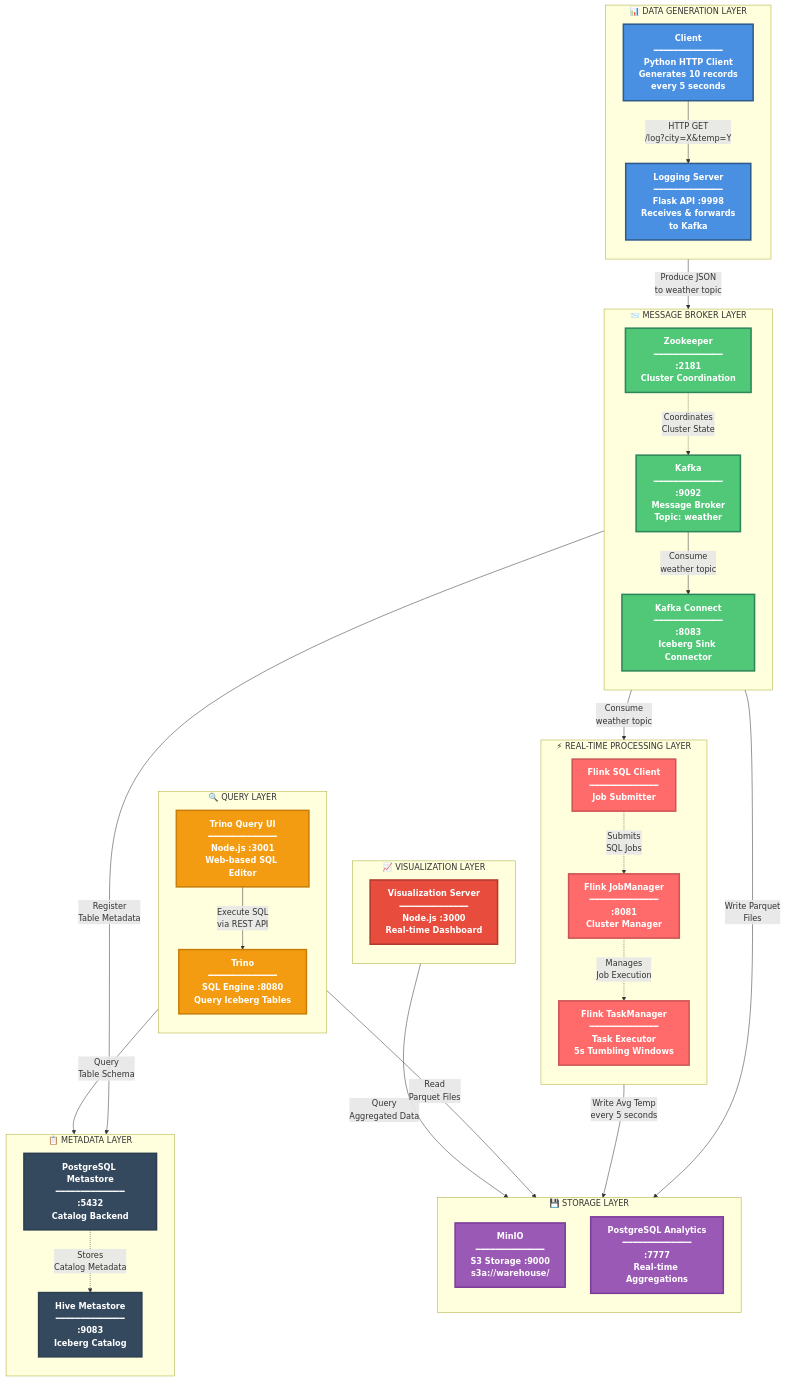
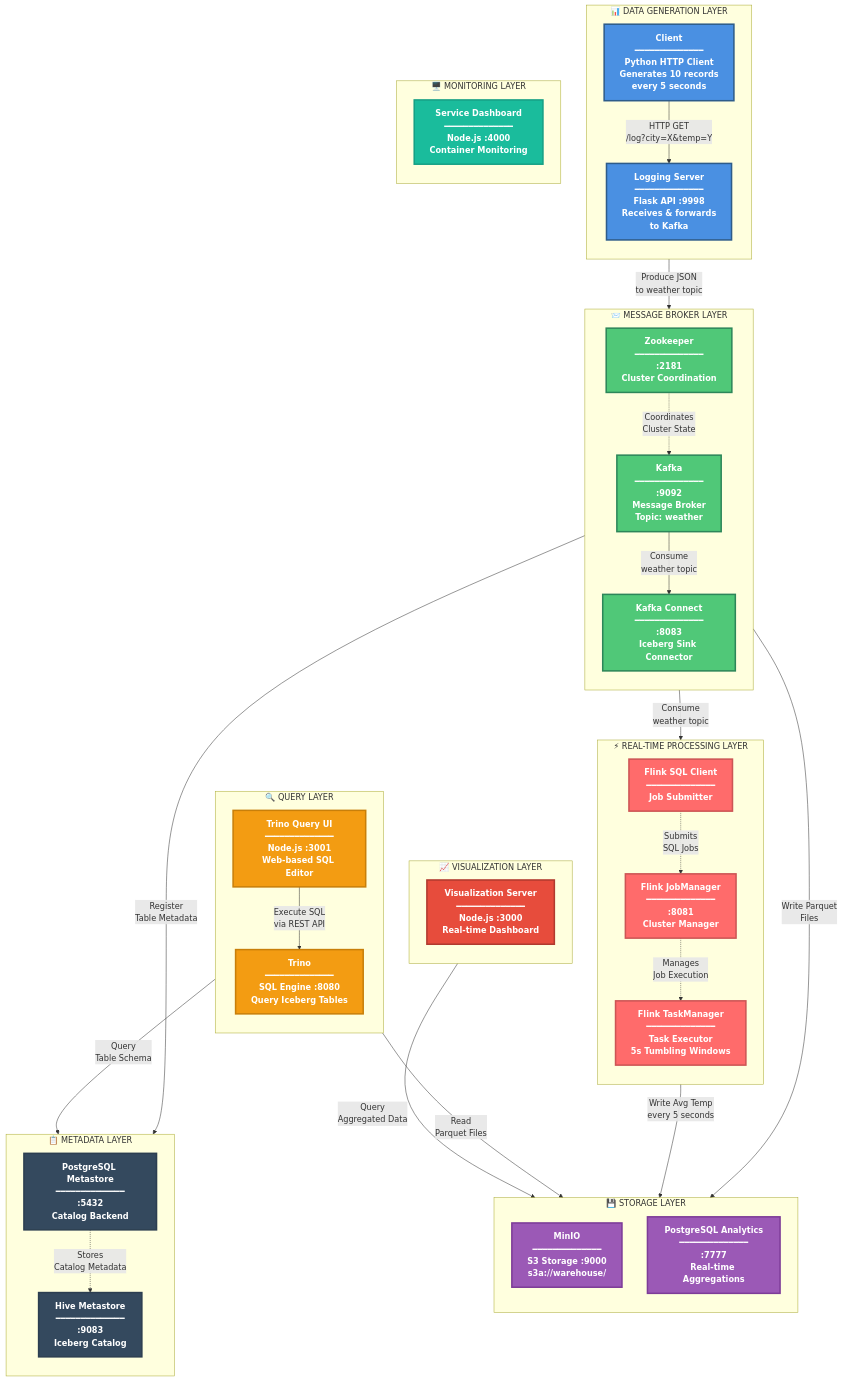
Before and after one commit to rejithry/data-pipeline-local: the first of 2 diagrams in README.md, drawn with Mermaid. The commit also changed other lines of this file and 5 other files, not shown here.

Commit message:
Adding service dash

````diff
--- a/README.md
+++ b/README.md
@@ -14,6 +14,7 @@
     classDef query fill:#F39C12,stroke:#C87F0A,stroke-width:3px,color:#fff,font-weight:bold
     classDef viz fill:#E74C3C,stroke:#B03A2E,stroke-width:3px,color:#fff,font-weight:bold
     classDef metadata fill:#34495E,stroke:#2C3E50,stroke-width:3px,color:#fff,font-weight:bold
+    classDef monitoring fill:#1ABC9C,stroke:#16A085,stroke-width:3px,color:#fff,font-weight:bold
     
     %% Data Generation Layer
     subgraph GEN["📊 DATA GENERATION LAYER"]
@@ -65,6 +66,12 @@
         VizServer["Visualization Server<br/>━━━━━━━━━━━━━━<br/>Node.js :3000<br/>Real-time Dashboard"]
     end
     
+    %% Monitoring Layer
+    subgraph MON["🖥️ MONITORING LAYER"]
+        direction TB
+        ServiceDash["Service Dashboard<br/>━━━━━━━━━━━━━━<br/>Node.js :4000<br/>Container Monitoring"]
+    end
+    
     %% Data Flow - Generation
     Client -->|HTTP GET<br/>/log?city=X&temp=Y| LoggingServer
     LoggingServer -->|Produce JSON<br/>to weather topic| Kafka
@@ -102,4 +109,5 @@
     class PostgreSQL,HiveMetastore metadata
     class Trino,TrinoQueryUI query
     class VizServer viz
+    class ServiceDash monitoring
 ```
````
